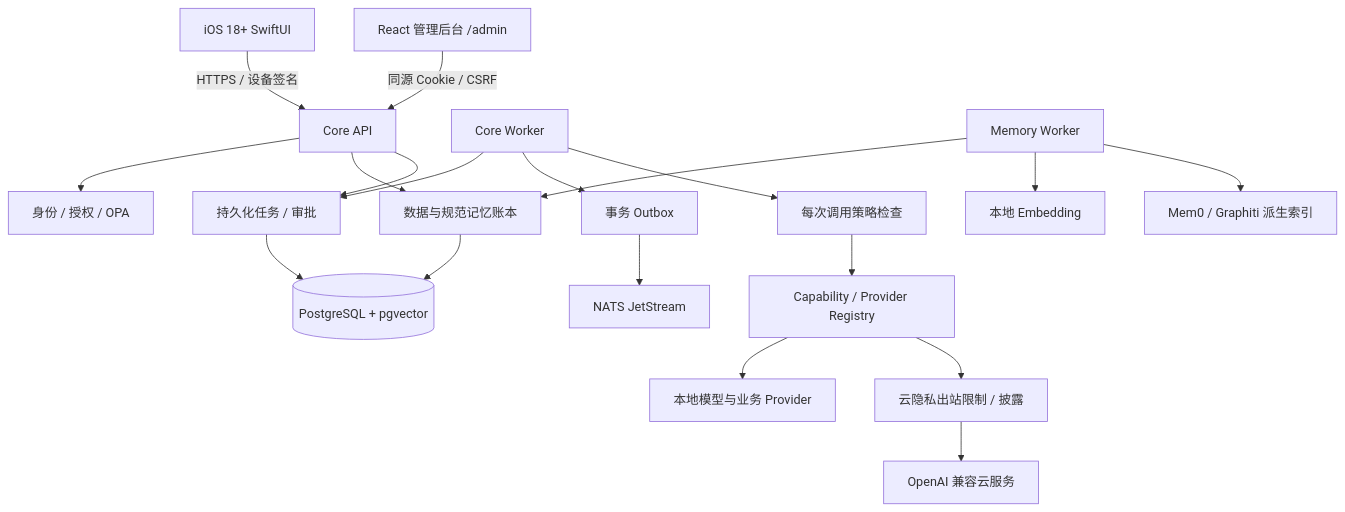
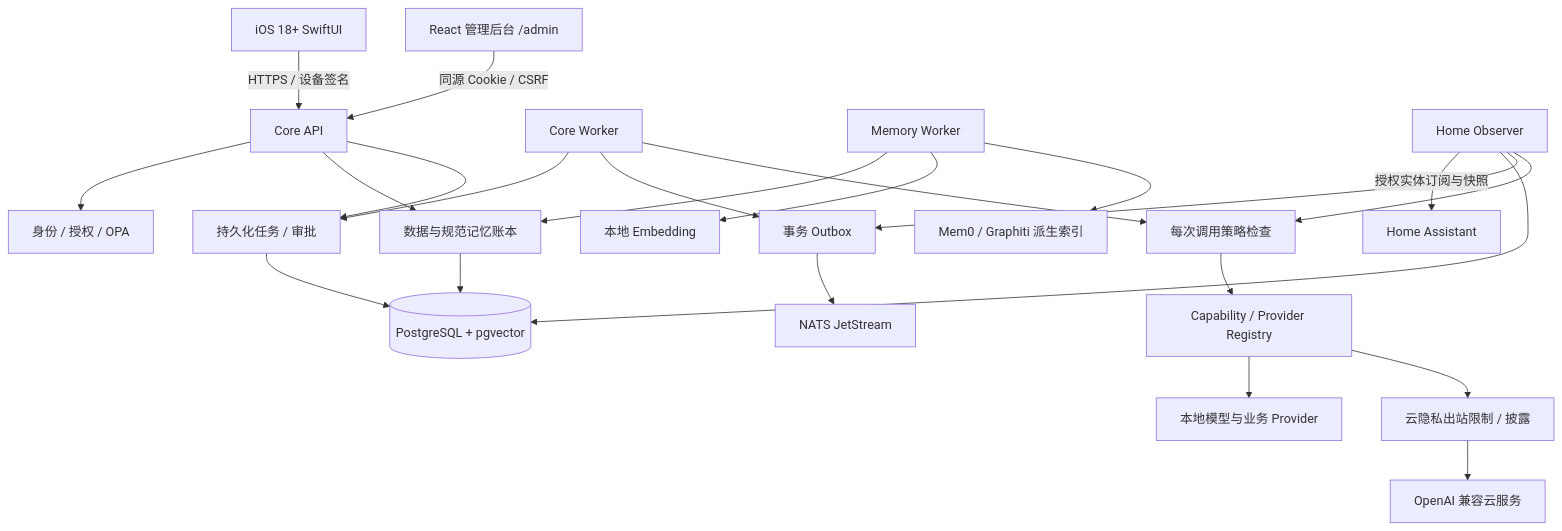
The first of 6 diagrams in README.md (MR-MaoJiu/home-ai-os), drawn with Mermaid before and after one commit. The commit also changed other lines of this file and 15 other files, not shown here.

````diff
--- a/README.md
+++ b/README.md
@@ -41,21 +41,25 @@
 ```mermaid
 flowchart TB
     IOS[iOS 18+ SwiftUI] -->|HTTPS / 设备签名| API[Core API]
     WEB[React 管理后台 /admin] -->|同源 Cookie / CSRF| API
     API --> AUTH[身份 / 授权 / OPA]
     API --> DATA[数据与规范记忆账本]
     API --> TASK[持久化任务 / 审批]
     DATA --> PG[(PostgreSQL + pgvector)]
     TASK --> PG
     WORKER[Core Worker] --> TASK
     WORKER --> OUTBOX[事务 Outbox]
     OUTBOX --> NATS[NATS JetStream]
     MW[Memory Worker] --> DATA
+    HO[Home Observer] -->|授权实体订阅与快照| HA[Home Assistant]
+    HO --> PG
+    HO --> OUTBOX
+    HO --> POLICY
     MW --> EMBED[本地 Embedding]
     MW --> DERIVED[Mem0 / Graphiti 派生索引]
     WORKER --> POLICY[每次调用策略检查]
     POLICY --> REG[Capability / Provider Registry]
     REG --> LOCAL[本地模型与业务 Provider]
     REG --> PRIVACY[云隐私出站限制 / 披露]
     PRIVACY --> CLOUD[OpenAI 兼容云服务]
 ```
````
